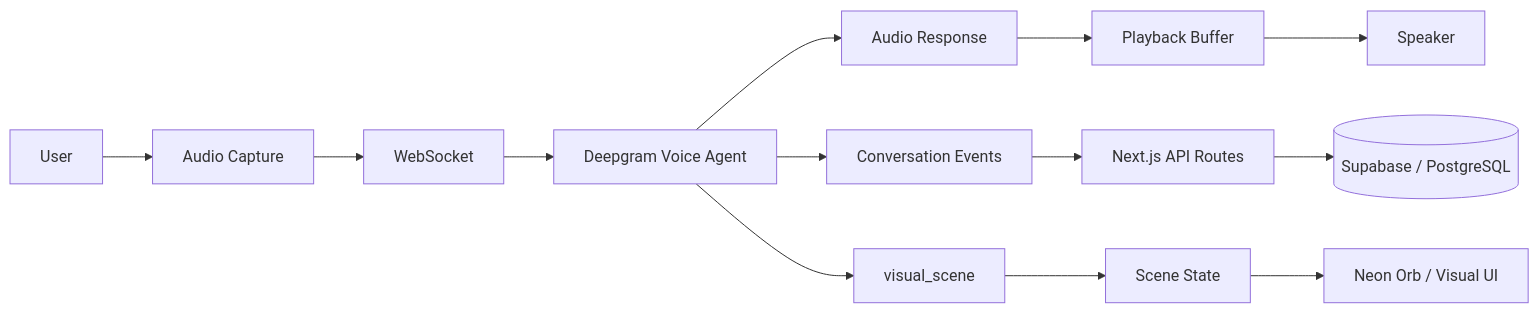
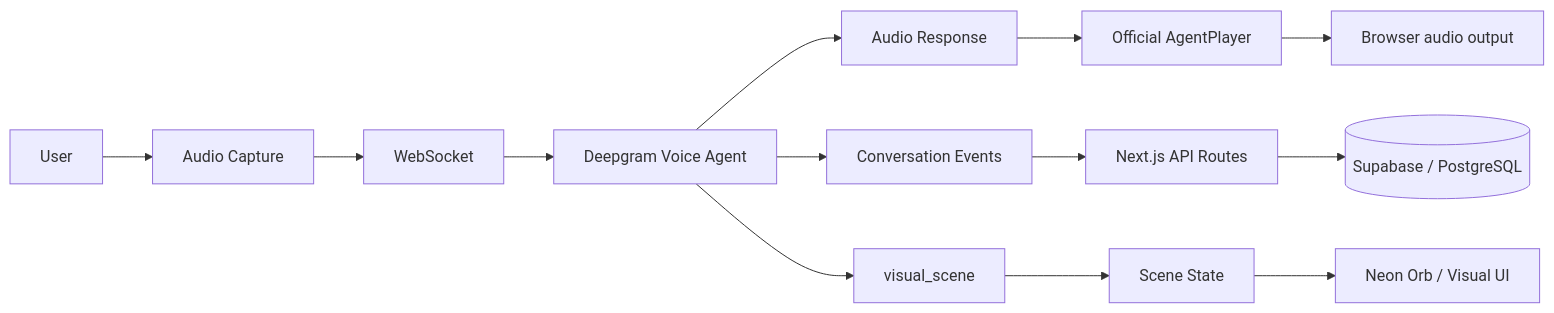
The first of 9 diagrams in README.md (KigenIsaac/neon), drawn with Mermaid before and after one commit. The commit also changed other lines of this file, not shown here.

Commit message:
docs(audio): replace obsolete custom playback and capture guidance with official SDK

````diff
--- a/README.md
+++ b/README.md
@@ -39,19 +39,19 @@
 ```mermaid
 flowchart LR
     U[User] --> AC[Audio Capture]
     AC --> WS[WebSocket]
     WS --> DG[Deepgram Voice Agent]
 
     DG --> AR[Audio Response]
     DG --> CE[Conversation Events]
     DG --> VS[visual_scene]
 
-    AR --> PB[Playback Buffer]
-    PB --> SP[Speaker]
+    AR --> PB[Official AgentPlayer]
+    PB --> SP[Browser audio output]
 
     VS --> SC[Scene State]
     SC --> UI[Neon Orb / Visual UI]
 
     CE --> API[Next.js API Routes]
     API --> DB[(Supabase / PostgreSQL)]
 ```
````
